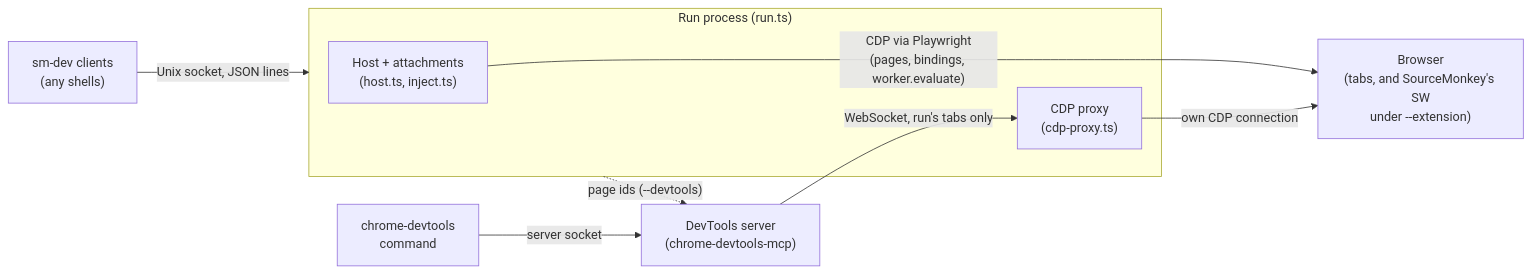
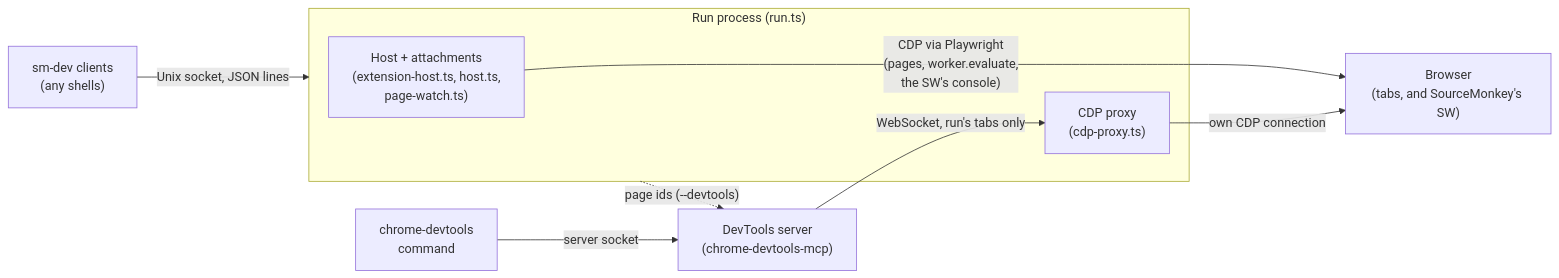
The diagram in docs/sm-dev-design.md (jshute96/SourceMonkey), drawn with Mermaid before and after one commit. The commit also changed other lines of this file and 73 other files, not shown here.

First line of the commit message:
sm-dev: run scripts only in the real SourceMonkey; remove the push backend

````diff
--- a/docs/sm-dev-design.md
+++ b/docs/sm-dev-design.md
@@ -23,18 +23,18 @@
 ```mermaid
 flowchart LR
     Clients["sm-dev clients<br/>(any shells)"]
     subgraph RunProc["Run process (run.ts)"]
-        Host["Host + attachments<br/>(host.ts, inject.ts)"]
+        Host["Host + attachments<br/>(extension-host.ts, host.ts,<br/>page-watch.ts)"]
         Proxy["CDP proxy<br/>(cdp-proxy.ts)"]
     end
-    Browser["Browser<br/>(tabs, and SourceMonkey's SW<br/>under --extension)"]
+    Browser["Browser<br/>(tabs, and SourceMonkey's SW)"]
     DevServer["DevTools server<br/>(chrome-devtools-mcp)"]
     DevCli["chrome-devtools<br/>command"]
 
     Clients -- "Unix socket, JSON lines" --> RunProc
-    Host -- "CDP via Playwright<br/>(pages, bindings, worker.evaluate)" --> Browser
+    Host -- "CDP via Playwright<br/>(pages, worker.evaluate,<br/>the SW's console)" --> Browser
     Proxy -- "own CDP connection" --> Browser
     DevServer -- "WebSocket, run's tabs only" --> Proxy
     DevCli -- "server socket" --> DevServer
     RunProc -. "page ids (--devtools)" .-> DevServer
 ```
````
